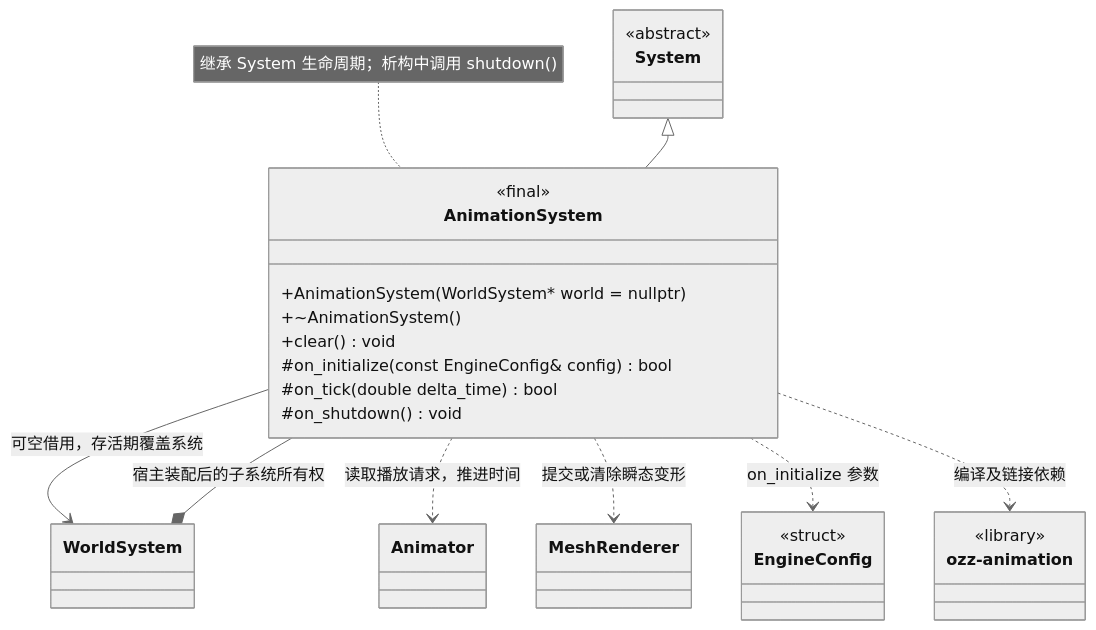
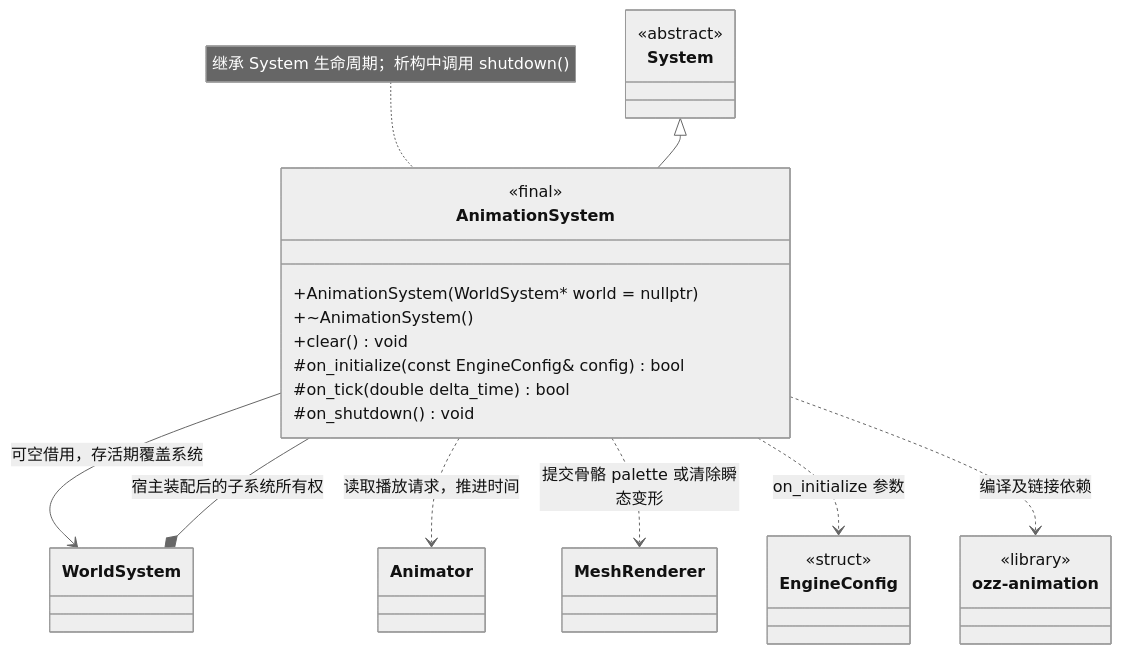
Before and after one commit to lcals/Engine: the diagram in docs/runtime/class-diagrams/animation-system.md, drawn with Mermaid (neutral theme). The commit also changed other lines of this file and 49 other files, not shown here.

````diff
--- a/docs/runtime/class-diagrams/animation-system.md
+++ b/docs/runtime/class-diagrams/animation-system.md
@@ -7,33 +7,33 @@
 ```mermaid
 classDiagram
     direction TB
     class AnimationSystem {
         <<final>>
         +AnimationSystem(WorldSystem* world = nullptr)
         +~AnimationSystem()
         +clear() void
         #on_initialize(const EngineConfig& config) bool
         #on_tick(double delta_time) bool
         #on_shutdown() void
     }
     class System {
         <<abstract>>
     }
     class EngineConfig {
         <<struct>>
     }
     class ozz["ozz-animation"] {
         <<library>>
     }
     class WorldSystem
     class Animator
     class MeshRenderer
     System <|-- AnimationSystem
     WorldSystem *-- AnimationSystem : 宿主装配后的子系统所有权
     AnimationSystem --> WorldSystem : 可空借用，存活期覆盖系统
     AnimationSystem ..> Animator : 读取播放请求，推进时间
-    AnimationSystem ..> MeshRenderer : 提交或清除瞬态变形
+    AnimationSystem ..> MeshRenderer : 提交骨骼 palette 或清除瞬态变形
     AnimationSystem ..> EngineConfig : on_initialize 参数
     AnimationSystem ..> ozz : 编译及链接依赖
     note for AnimationSystem "继承 System 生命周期；析构中调用 shutdown()"
 ```
````
